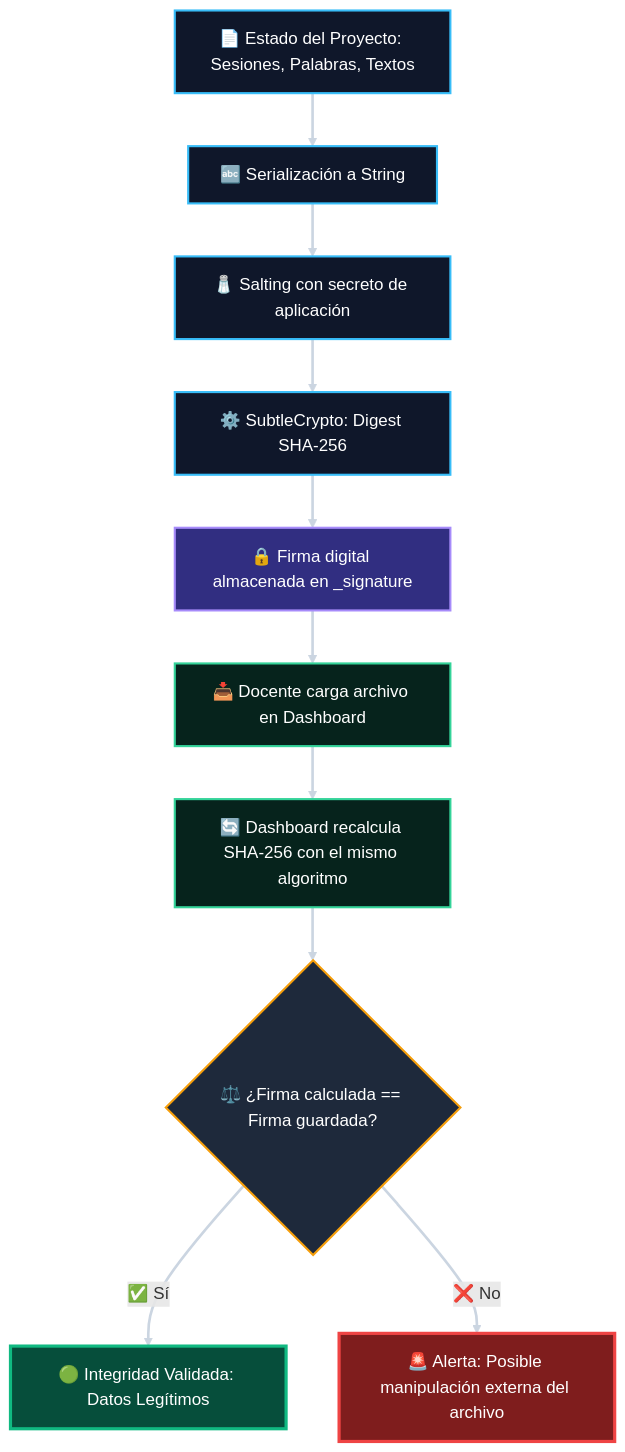
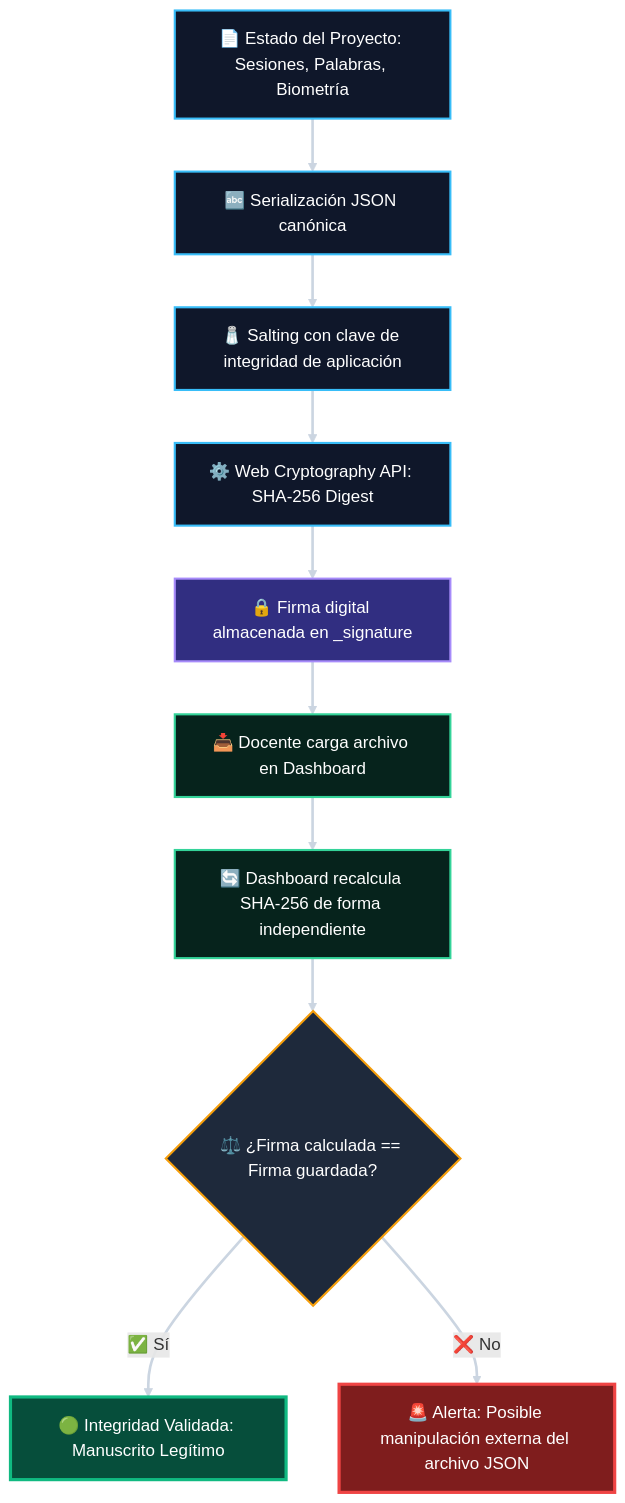
One commit to RicardoQuiroz/eye-on-the-sky changed the second of 2 diagrams in README.md. Above: the diagram before and after it, drawn with Mermaid. The commit also changed other lines of this file and 2 other files, not shown here.

````diff
--- a/README.md
+++ b/README.md
@@ -297,25 +430,25 @@
 ```mermaid
 flowchart TD
-    A["📄 Estado del Proyecto: Sesiones, Palabras, Textos"] --> B["🔤 Serialización a String"]
-    B --> C["🧂 Salting con secreto de aplicación"]
-    C --> D["⚙️ SubtleCrypto: Digest SHA-256"]
+    A["📄 Estado del Proyecto: Sesiones, Palabras, Biometría"] --> B["🔤 Serialización JSON canónica"]
+    B --> C["🧂 Salting con clave de integridad de aplicación"]
+    C --> D["⚙️ Web Cryptography API: SHA-256 Digest"]
     D --> E["🔒 Firma digital almacenada en _signature"]
     E --> F["📥 Docente carga archivo en Dashboard"]
-    F --> G["🔄 Dashboard recalcula SHA-256 con el mismo algoritmo"]
+    F --> G["🔄 Dashboard recalcula SHA-256 de forma independiente"]
     G --> H{"⚖️ ¿Firma calculada == Firma guardada?"}
-    H -- "✅ Sí" --> I["🟢 Integridad Validada: Datos Legítimos"]
-    H -- "❌ No" --> J["🚨 Alerta: Posible manipulación externa del archivo"]
+    H -- "✅ Sí" --> I["🟢 Integridad Validada: Manuscrito Legítimo"]
+    H -- "❌ No" --> J["🚨 Alerta: Posible manipulación externa del archivo JSON"]
 
     style A fill:#0f172a,stroke:#38bdf8,stroke-width:2px,color:#ffffff
     style B fill:#0f172a,stroke:#38bdf8,stroke-width:2px,color:#ffffff
     style C fill:#0f172a,stroke:#38bdf8,stroke-width:2px,color:#ffffff
     style D fill:#0f172a,stroke:#38bdf8,stroke-width:2px,color:#ffffff
     style E fill:#312e81,stroke:#a78bfa,stroke-width:2px,color:#ffffff
     style F fill:#06231c,stroke:#34d399,stroke-width:2px,color:#ffffff
     style G fill:#06231c,stroke:#34d399,stroke-width:2px,color:#ffffff
     style H fill:#1e293b,stroke:#f59e0b,stroke-width:2px,color:#ffffff
     style I fill:#064e3b,stroke:#10b981,stroke-width:3px,color:#ffffff
     style J fill:#7f1d1d,stroke:#ef4444,stroke-width:3px,color:#ffffff
 
     linkStyle default stroke:#cbd5e1,stroke-width:2.5px
 ```
````
